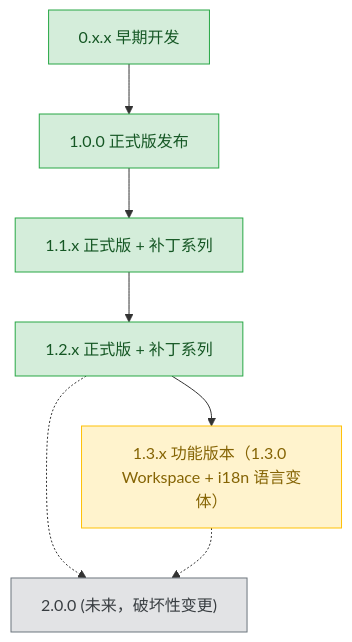
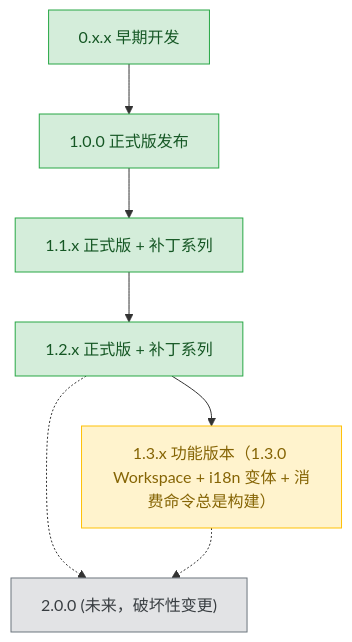
Before and after one commit to 3667808244/EazyMake: the diagram in plans/README.md, drawn with Mermaid. The commit also changed other lines of this file and 4 other files, not shown here.

````diff
--- a/plans/README.md
+++ b/plans/README.md
@@ -61,26 +61,26 @@
 ```mermaid
 graph TD
     v0xx["0.x.x 早期开发"]
     v100["1.0.0 正式版发布"]
     v11x["1.1.x 正式版 + 补丁系列"]
     v12x["1.2.x 正式版 + 补丁系列"]
-    v13x["1.3.x 功能版本（1.3.0 Workspace + i18n 语言变体）"]
+    v13x["1.3.x 功能版本（1.3.0 Workspace + i18n 变体 + 消费命令总是构建）"]
     v200["2.0.0 (未来，破坏性变更)"]
 
     v0xx --> v100
     v100 --> v11x
     v11x --> v12x
     v12x --> v13x
     v12x -.-> v200
     v13x -.-> v200
 
     classDef done fill:#d4edda,stroke:#28a745,color:#155724;
     classDef active fill:#fff3cd,stroke:#ffc107,color:#856404;
     classDef todo fill:#e2e3e5,stroke:#6c757d,color:#383d41;
 
     class v0xx,v100 done;
     class v11x done;
     class v12x done;
     class v13x active;
     class v200 todo;
 ```
````
